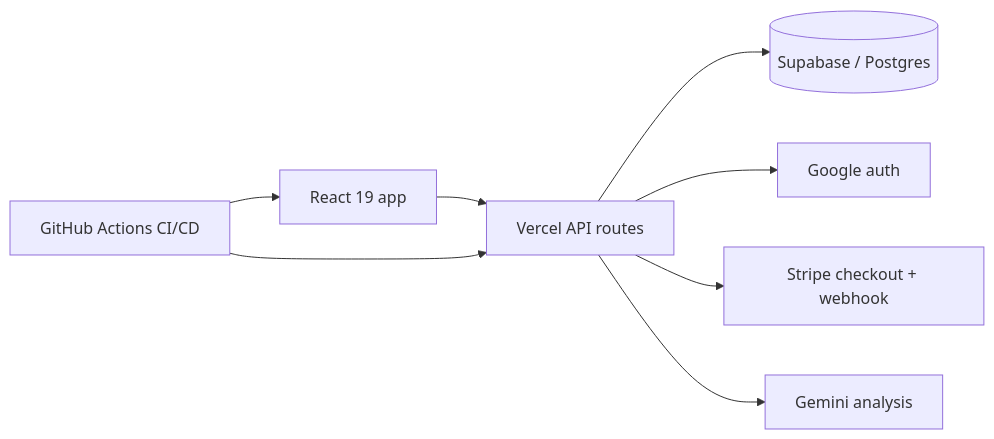
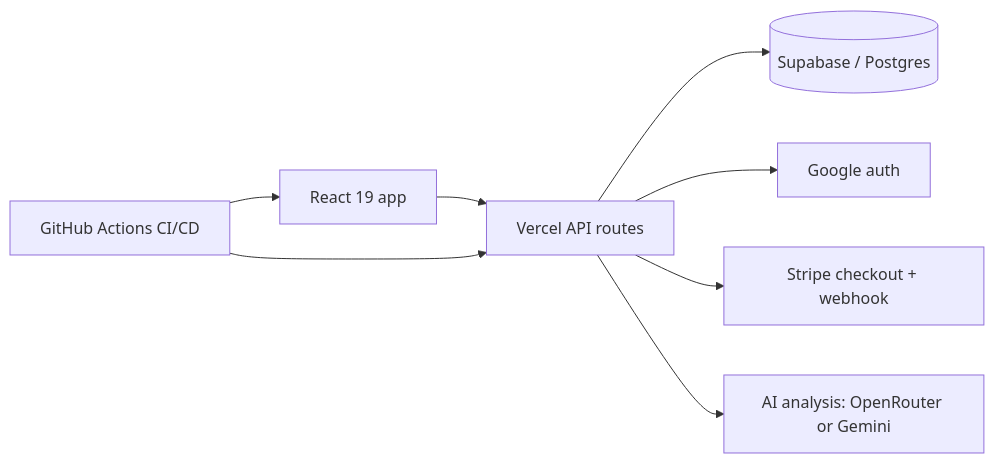
One commit to felmonon/jungian-typology-assessment changed the diagram in README.md. Above: the diagram before and after it, drawn with Mermaid. The commit also changed other lines of this file and 8 other files, not shown here.

````diff
--- a/README.md
+++ b/README.md
@@ -37,10 +37,10 @@
 ```mermaid
 flowchart LR
   A[React 19 app] --> B[Vercel API routes]
   B --> C[(Supabase / Postgres)]
   B --> D[Google auth]
   B --> E[Stripe checkout + webhook]
-  B --> F[Gemini analysis]
+  B --> F[AI analysis: OpenRouter or Gemini]
   G[GitHub Actions CI/CD] --> A
   G --> B
 ```
````
